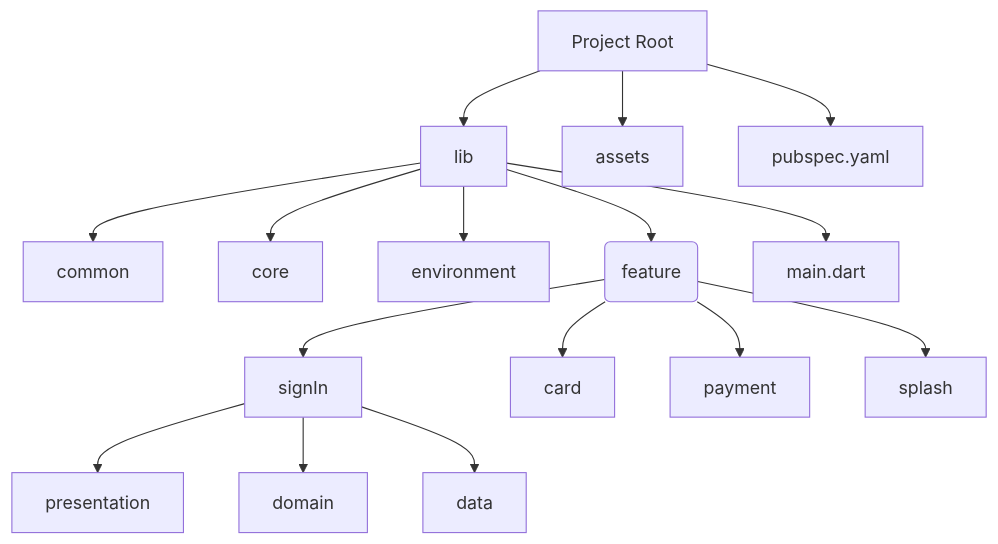
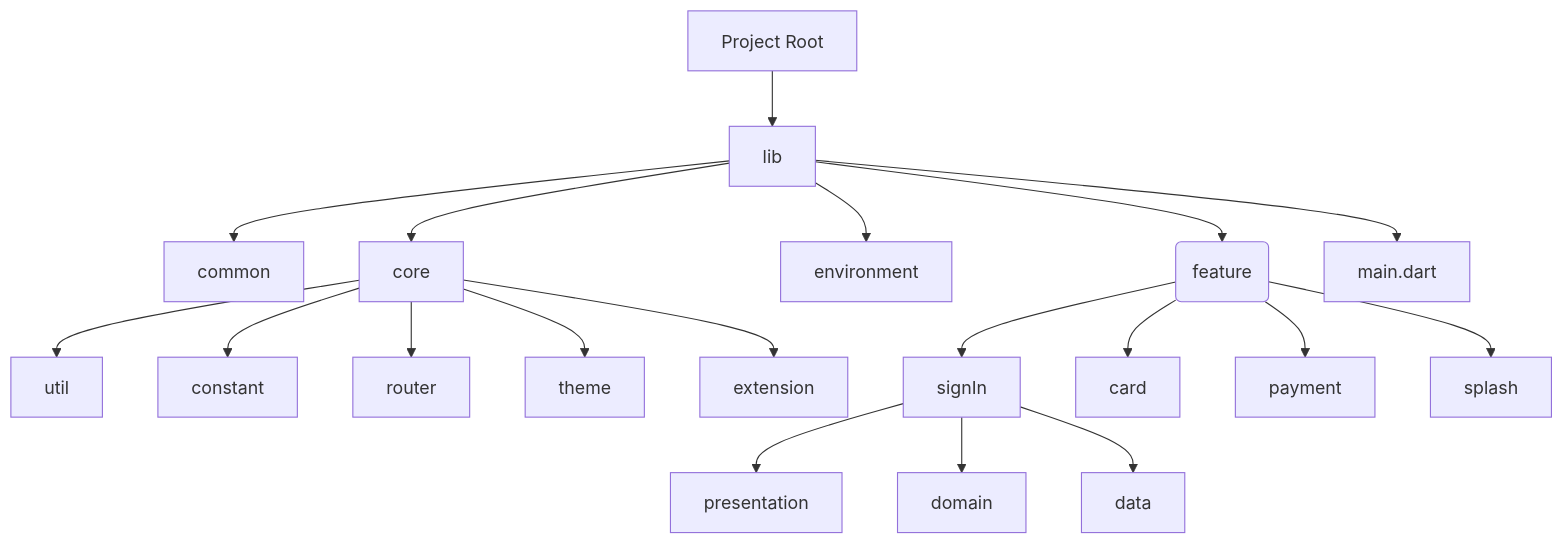
Before and after one commit to KoreanTuna/Payment-Demo: the first of 2 diagrams in README.md, drawn with Mermaid.

````diff
--- a/README.md
+++ b/README.md
@@ -11,24 +11,30 @@
 ```mermaid
 flowchart TD
     A[Project Root]
     A --> lib
-    A --> assets
-    A --> pubspec.yaml
 
     lib --> common
     lib --> core
     lib --> environment
     lib --> screen(feature)
     lib --> main.dart
+
+    core --> util
+    core --> constant
+    core --> router
+    core --> theme
+    core --> extension
 
     screen(feature) --> signIn
     screen(feature) --> card
     screen(feature) --> payment
     screen(feature) --> splash
 
     signIn --> presentation
     signIn --> domain
     signIn --> data
 
+    
+
 
 ```
````
